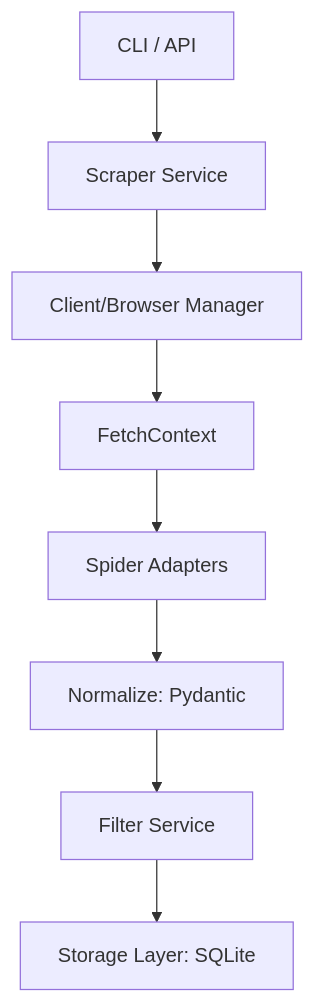
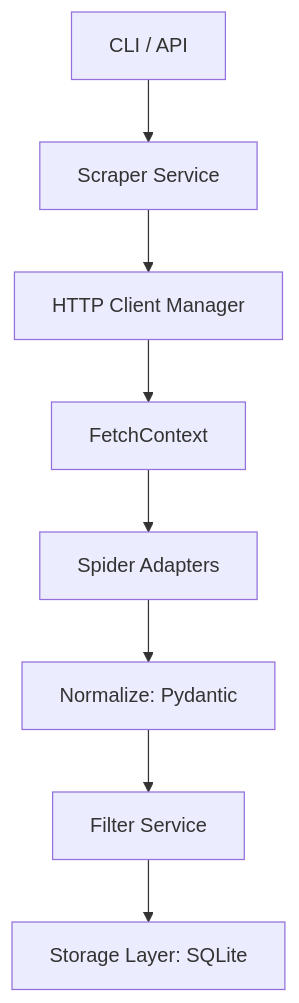
Before and after one commit to nadavzhr/arachne: the diagram in README.md, drawn with Mermaid. The commit also changed other lines of this file and 25 other files, not shown here.

````diff
--- a/README.md
+++ b/README.md
@@ -87,10 +87,10 @@
 ```mermaid
 graph TD
     CLI[CLI / API] --> Scraper[Scraper Service]
-    Scraper --> ClientMgr[Client/Browser Manager]
+    Scraper --> ClientMgr[HTTP Client Manager]
     ClientMgr --> FetchCtx[FetchContext]
     FetchCtx --> Spider[Spider Adapters]
     Spider --> Normalize[Normalize: Pydantic]
     Normalize --> Filter[Filter Service]
     Filter --> Storage[Storage Layer: SQLite]
 ```
````
